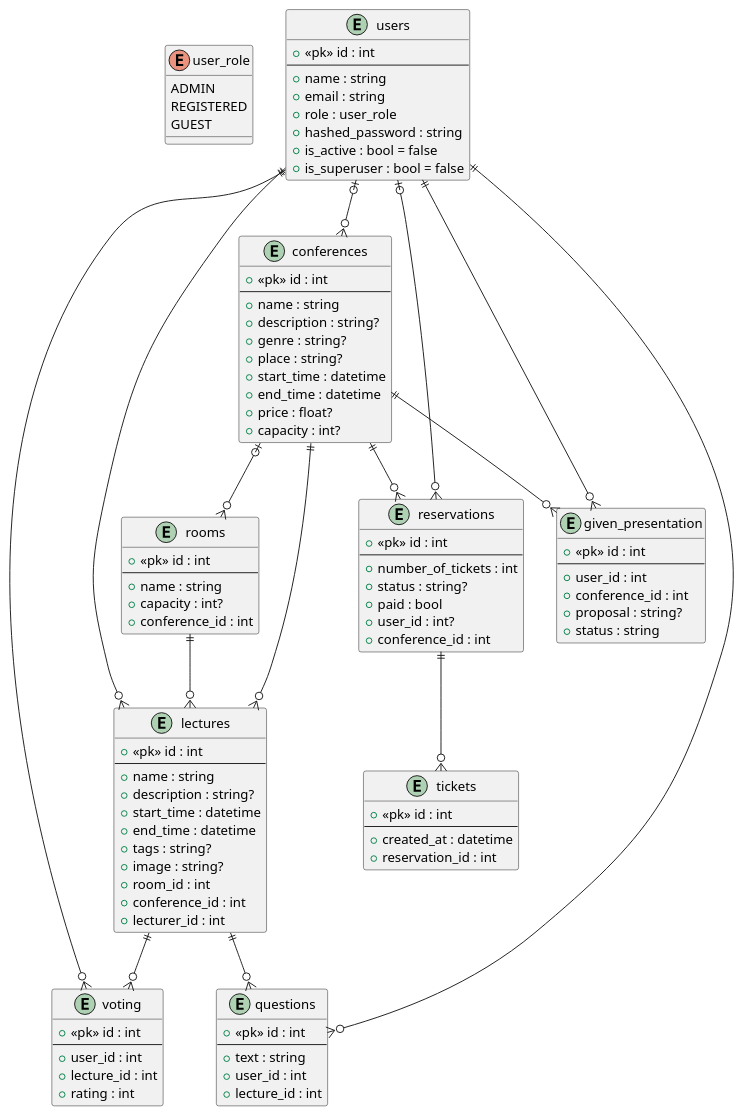
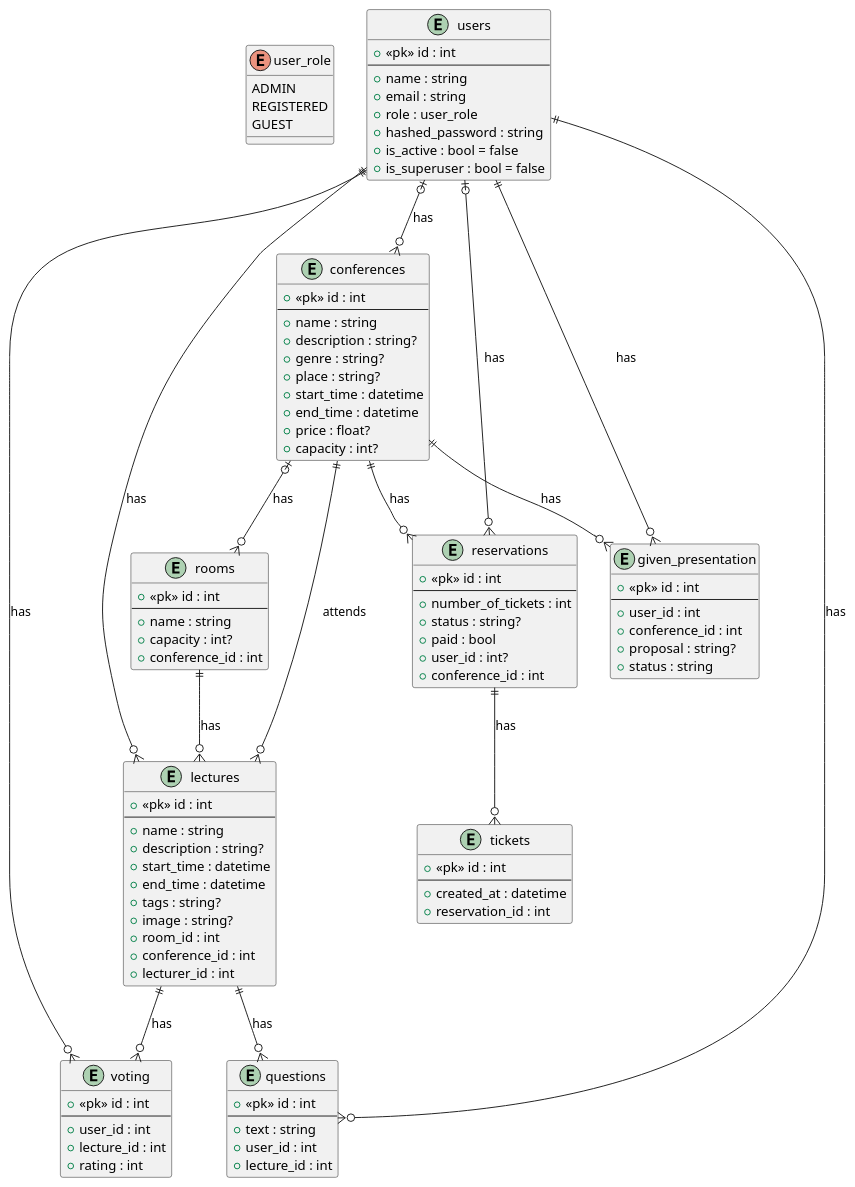
One commit to stahlgit/fit_iis_project changed the diagram in docs/er.puml. Above: the diagram before and after it, drawn with PlantUML. The commit also changed 1 other file, not shown here.

Commit message:
feat: er diagram in docs

```diff
--- a/docs/er.puml
+++ b/docs/er.puml
@@ -1,112 +1,112 @@
 @startuml
 
 enum user_role {
     ADMIN
     REGISTERED
     GUEST
 }
 
 entity conferences {
     +<<pk>> id : int
 	---
     +name : string
     +description : string?
     +genre : string?
     +place : string?
     +start_time : datetime
     +end_time : datetime
     +price : float?
     +capacity : int?
 }
 
 entity users {
     +<<pk>> id : int
 	---
     +name : string
     +email : string
     +role : user_role
     +hashed_password : string
     +is_active : bool = false
     +is_superuser : bool = false
 }
 
 entity rooms {
     +<<pk>> id : int
 	---
     +name : string
     +capacity : int?
     +conference_id : int
 }
 
 entity reservations {
     +<<pk>> id : int
 	---
     +number_of_tickets : int
     +status : string?
     +paid : bool
     +user_id : int?
     +conference_id : int
 }
 
 entity tickets {
     +<<pk>> id : int
 	---
     +created_at : datetime
     +reservation_id : int
 }
 
 entity lectures {
     +<<pk>> id : int
 	---
     +name : string
     +description : string?
     +start_time : datetime
     +end_time : datetime
     +tags : string?
     +image : string?
     +room_id : int
     +conference_id : int
     +lecturer_id : int
 }
 
 entity given_presentation {
     +<<pk>> id : int
 	---
     +user_id : int
     +conference_id : int
     +proposal : string?
     +status : string
 }
 
 entity voting {
     +<<pk>> id : int
 	---
     +user_id : int
     +lecture_id : int
     +rating : int
 }
 
 entity questions {
     +<<pk>> id : int
 	---
     +text : string
     +user_id : int
     +lecture_id : int
 }
 
-conferences |o--o{ rooms
-conferences ||--o{ lectures
-conferences ||--o{ reservations
-conferences ||--o{ given_presentation
-users |o--o{ conferences
-users |o--o{ reservations
-users ||--o{ lectures
-users ||--o{ voting
-users ||--o{ questions
-users ||--o{ given_presentation
-rooms ||--o{ lectures
-reservations ||--o{ tickets
-lectures ||--o{ voting
-lectures ||--o{ questions
+conferences |o--o{ rooms : "has"
+conferences ||--o{ lectures : "attends"
+conferences ||--o{ reservations : "has"
+conferences ||--o{ given_presentation : "has"
+users |o--o{ conferences : "has"
+users |o--o{ reservations : "has"
+users ||--o{ lectures : "has"
+users ||--o{ voting : "has"
+users ||--o{ questions : "has"
+users ||--o{ given_presentation : "has"
+rooms ||--o{ lectures : "has"
+reservations ||--o{ tickets : "has"
+lectures ||--o{ voting : "has"
+lectures ||--o{ questions : "has"
 
 @enduml
```
